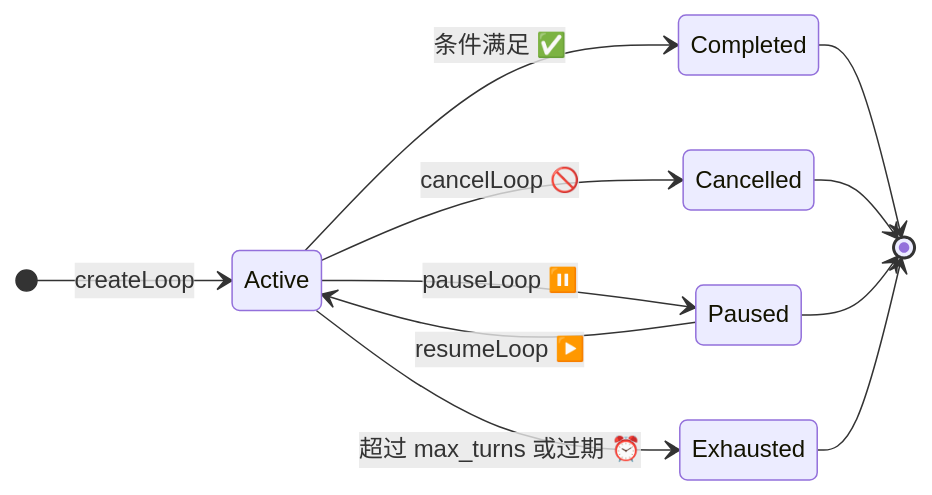
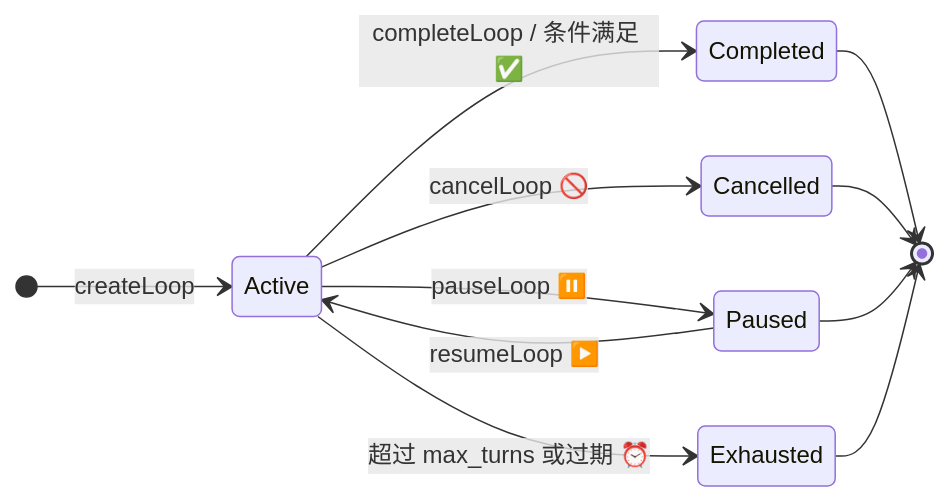
One commit to rtc-agent/docs changed the sixth of 6 diagrams in src/content/docs/features/llm-tools.md. Above: the diagram before and after it, drawn with Mermaid. The commit also changed other lines of this file and 13 other files, not shown here.

````diff
--- a/src/content/docs/features/llm-tools.md
+++ b/src/content/docs/features/llm-tools.md
@@ -319,16 +369,16 @@
 ```mermaid
 stateDiagram-v2
     direction LR
 
     [*] --> Active: createLoop
     Active --> Paused: pauseLoop ⏸️
     Paused --> Active: resumeLoop ▶️
-    Active --> Completed: 条件满足 ✅
+    Active --> Completed: completeLoop / 条件满足 ✅
     Active --> Cancelled: cancelLoop 🚫
     Active --> Exhausted: 超过 max_turns 或过期 ⏰
 
     Completed --> [*]
     Cancelled --> [*]
     Paused --> [*]
     Exhausted --> [*]
 ```
````
